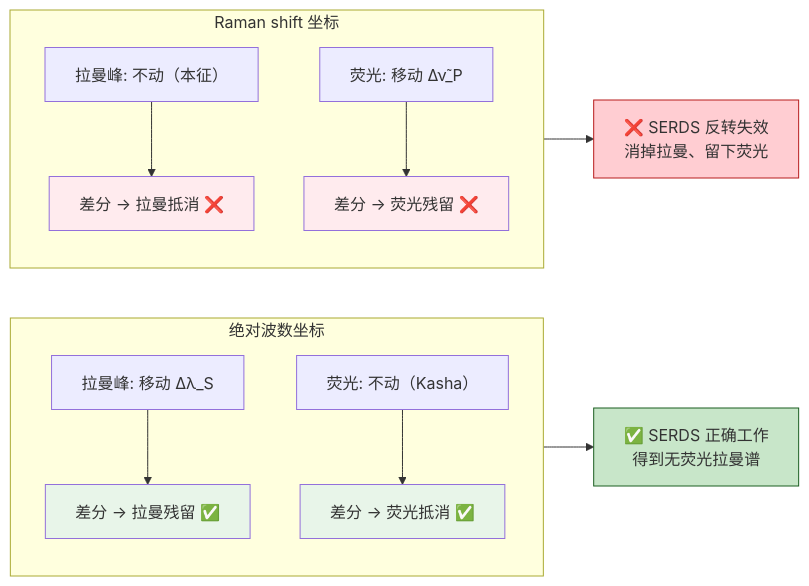
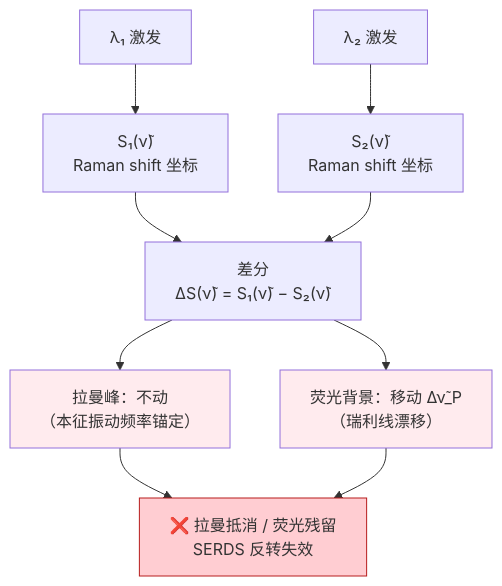
Before and after one commit to roxszi/skills: the third of 3 diagrams in skills/tech-brief-writer/SERDS/技术简报.md, drawn with Mermaid. The commit also changed other lines of this file and 5 other files, not shown here.

````diff
--- a/skills/tech-brief-writer/SERDS/技术简报.md
+++ b/skills/tech-brief-writer/SERDS/技术简报.md
@@ -208,24 +226,15 @@
 ```mermaid
-graph LR
-    subgraph 绝对坐标["绝对波数坐标"]
-        direction TB
-        A1["拉曼峰: 移动 Δλ_S"] --> A_R["差分 → 拉曼残留 ✅"]
-        A2["荧光: 不动（Kasha）"] --> A_F["差分 → 荧光抵消 ✅"]
-    end
+flowchart TD
+    L1["λ₁ 激发"] --> S1["S₁(ν̃)<br/>Raman shift 坐标"]
+    L2["λ₂ 激发"] --> S2["S₂(ν̃)<br/>Raman shift 坐标"]
+    S1 --> Diff["差分<br/>ΔS(ν̃) = S₁(ν̃) − S₂(ν̃)"]
+    S2 --> Diff
+    Diff --> R2["拉曼峰：不动<br/>（本征振动频率锚定）"]
+    Diff --> F2["荧光背景：移动 Δν̃_P<br/>（瑞利线漂移）"]
+    R2 --> NO["❌ 拉曼抵消 / 荧光残留<br/>SERDS 反转失效"]
+    F2 --> NO
 
-    subgraph Raman坐标["Raman shift 坐标"]
-        direction TB
-        B1["拉曼峰: 不动（本征）"] --> B_R["差分 → 拉曼抵消 ❌"]
-        B2["荧光: 移动 Δν̃_P"] --> B_F["差分 → 荧光残留 ❌"]
-    end
-
-    A_R --> OK["✅ SERDS 正确工作<br/>得到无荧光拉曼谱"]
-    B_F --> NO["❌ SERDS 反转失效<br/>消掉拉曼、留下荧光"]
-
-    style OK fill:#c8e6c9,stroke:#1b5e20
     style NO fill:#ffcdd2,stroke:#b71c1c
-    style A_R fill:#e8f5e9
-    style A_F fill:#e8f5e9
-    style B_R fill:#ffebee
-    style B_F fill:#ffebee
+    style R2 fill:#ffebee
+    style F2 fill:#ffebee
 ```
````
